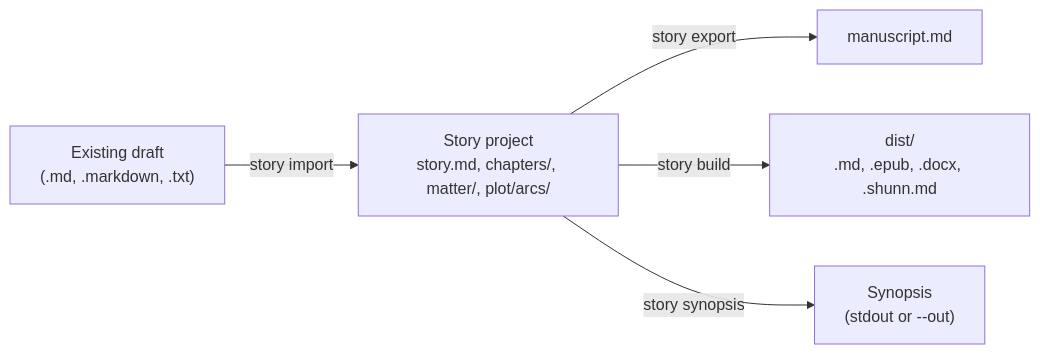
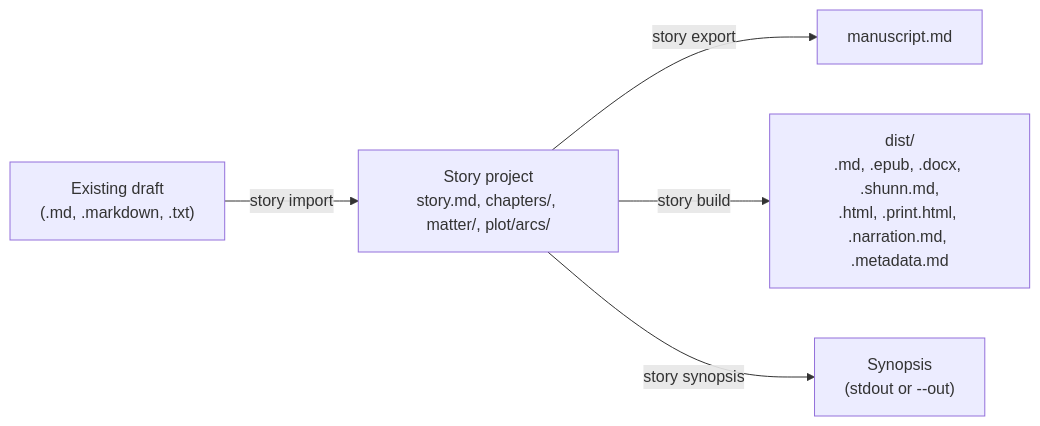
One commit to danjdewhurst/story-skills changed the diagram in docs/manuscripts.md. Above: the diagram before and after it, drawn with Mermaid. The commit also changed other lines of this file and 13 other files, not shown here.

````diff
--- a/docs/manuscripts.md
+++ b/docs/manuscripts.md
@@ -28,7 +29,7 @@
 ```mermaid
 flowchart LR
   draft["Existing draft<br/>(.md, .markdown, .txt)"] -->|story import| project["Story project<br/>story.md, chapters/, matter/, plot/arcs/"]
   project -->|story export| manuscript["manuscript.md"]
-  project -->|story build| dist["dist/<br/>.md, .epub, .docx, .shunn.md"]
+  project -->|story build| dist["dist/<br/>.md, .epub, .docx, .shunn.md,<br/>.html, .print.html, .narration.md, .metadata.md"]
   project -->|story synopsis| synopsis["Synopsis<br/>(stdout or --out)"]
 ```
````
